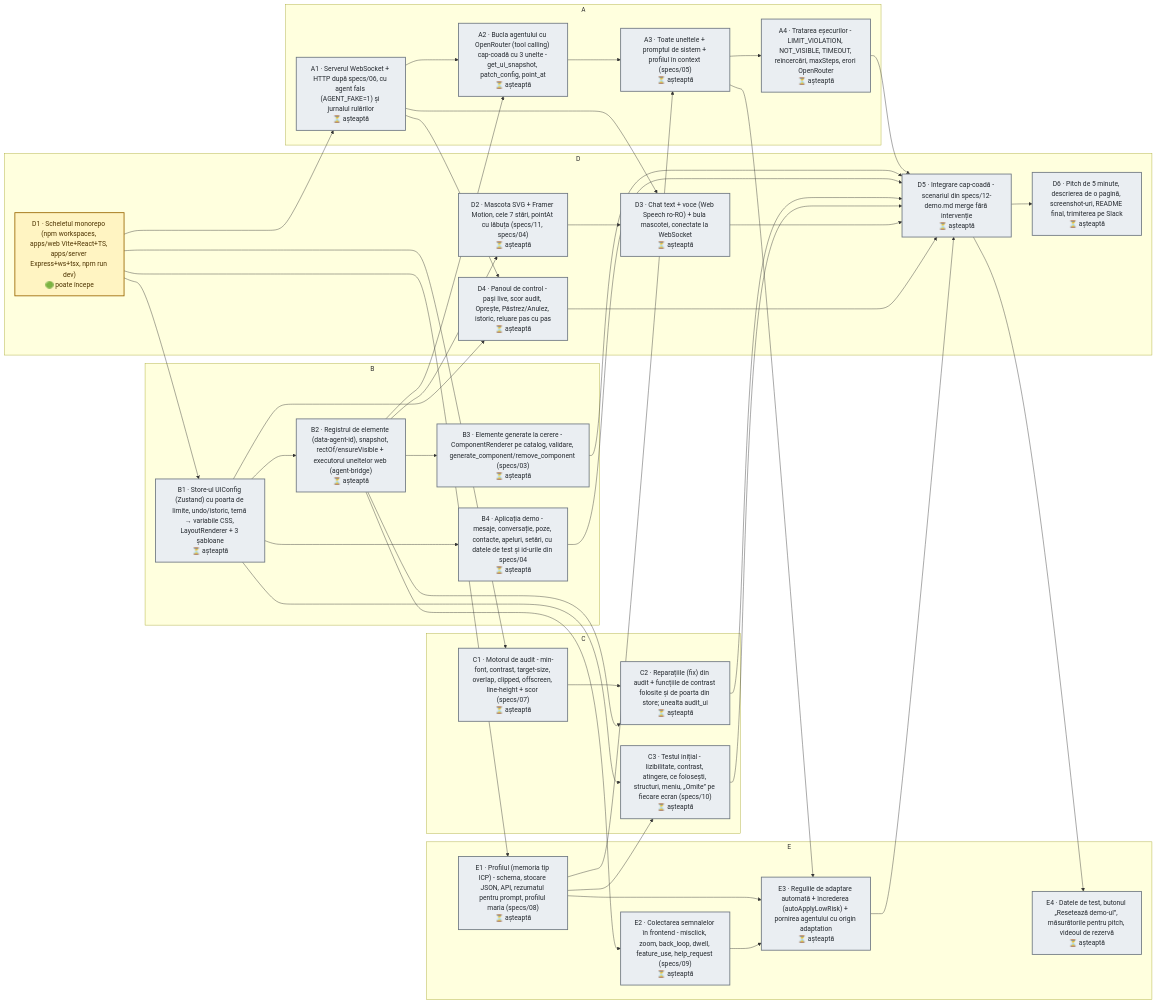
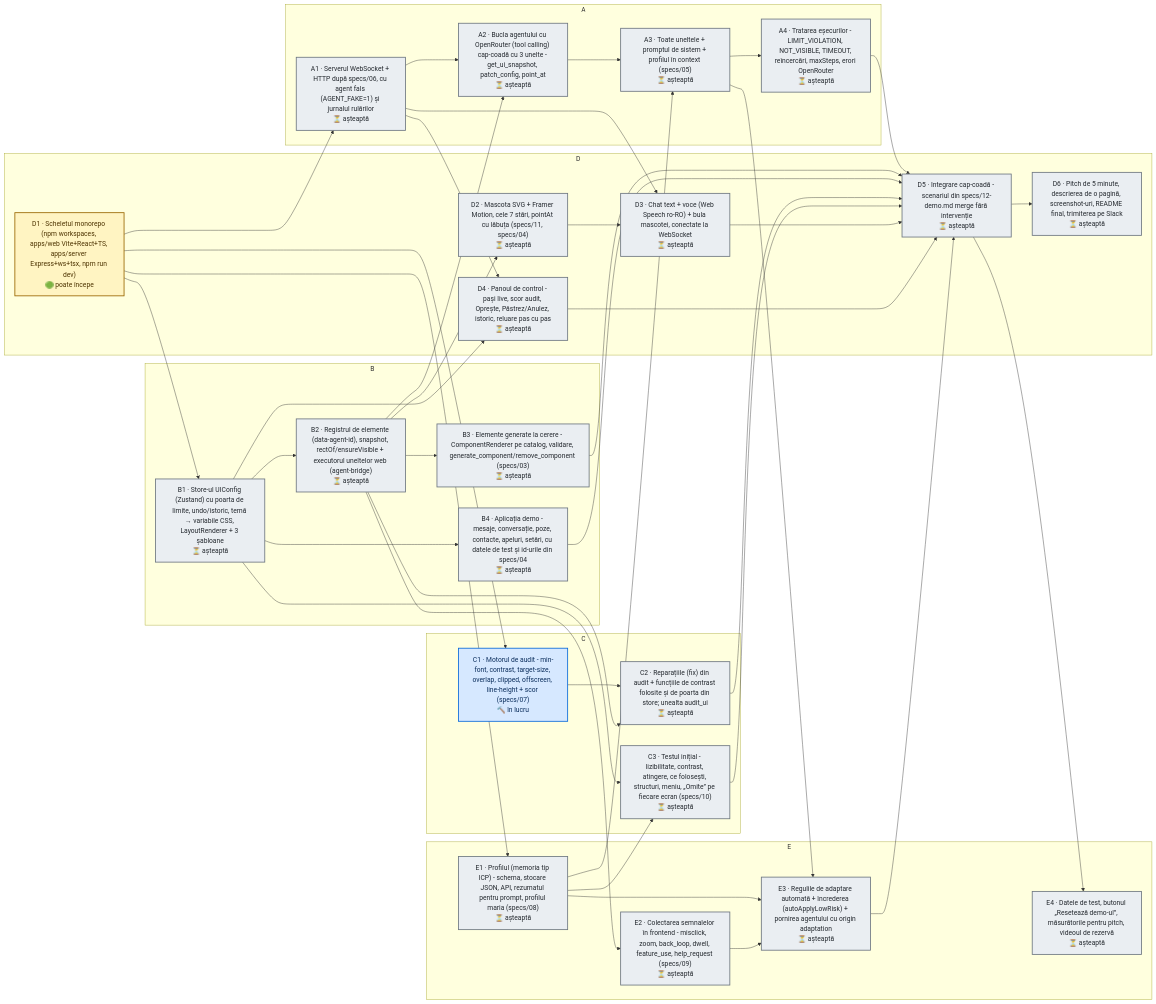
Before and after one commit to 06cezar/UiShapeshifter: the diagram in DAG.md, drawn with Mermaid. The commit also changed other lines of this file and 1 other file, not shown here.

Commit message:
dag: update [skip ci]

````diff
--- a/DAG.md
+++ b/DAG.md
@@ -8,76 +8,77 @@
 ```mermaid
 flowchart LR
   subgraph t_owner_A["A"]
     t_A1["A1 · Serverul WebSocket + HTTP după specs/06, cu agent fals (AGENT_FAKE=1) și jurnalul rulărilor<br/>⏳ așteaptă"]
     t_A2["A2 · Bucla agentului cu OpenRouter (tool calling) cap-coadă cu 3 unelte - get_ui_snapshot, patch_config, point_at<br/>⏳ așteaptă"]
     t_A3["A3 · Toate uneltele + promptul de sistem + profilul în context (specs/05)<br/>⏳ așteaptă"]
     t_A4["A4 · Tratarea eșecurilor - LIMIT_VIOLATION, NOT_VISIBLE, TIMEOUT, reîncercări, maxSteps, erori OpenRouter<br/>⏳ așteaptă"]
   end
   subgraph t_owner_B["B"]
     t_B1["B1 · Store-ul UIConfig (Zustand) cu poarta de limite, undo/istoric, temă → variabile CSS, LayoutRenderer + 3 șabloane<br/>⏳ așteaptă"]
     t_B2["B2 · Registrul de elemente (data-agent-id), snapshot, rectOf/ensureVisible + executorul uneltelor web (agent-bridge)<br/>⏳ așteaptă"]
     t_B3["B3 · Elemente generate la cerere - ComponentRenderer pe catalog, validare, generate_component/remove_component (specs/03)<br/>⏳ așteaptă"]
     t_B4["B4 · Aplicația demo - mesaje, conversație, poze, contacte, apeluri, setări, cu datele de test și id-urile din specs/04<br/>⏳ așteaptă"]
   end
   subgraph t_owner_C["C"]
-    t_C1["C1 · Motorul de audit - min-font, contrast, target-size, overlap, clipped, offscreen, line-height + scor (specs/07)<br/>⏳ așteaptă"]
+    t_C1["C1 · Motorul de audit - min-font, contrast, target-size, overlap, clipped, offscreen, line-height + scor (specs/07)<br/>🔨 în lucru"]
     t_C2["C2 · Reparațiile (fix) din audit + funcțiile de contrast folosite și de poarta din store; unealta audit_ui<br/>⏳ așteaptă"]
     t_C3["C3 · Testul inițial - lizibilitate, contrast, atingere, ce folosești, structuri, meniu, „Omite” pe fiecare ecran (specs/10)<br/>⏳ așteaptă"]
   end
   subgraph t_owner_D["D"]
     t_D1["D1 · Scheletul monorepo (npm workspaces, apps/web Vite+React+TS, apps/server Express+ws+tsx, npm run dev)<br/>🟢 poate începe"]
     t_D2["D2 · Mascota SVG + Framer Motion, cele 7 stări, pointAt cu lăbuța (specs/11, specs/04)<br/>⏳ așteaptă"]
     t_D3["D3 · Chat text + voce (Web Speech ro-RO) + bula mascotei, conectate la WebSocket<br/>⏳ așteaptă"]
     t_D4["D4 · Panoul de control - pași live, scor audit, Oprește, Păstrez/Anulez, istoric, reluare pas cu pas<br/>⏳ așteaptă"]
     t_D5["D5 · Integrare cap-coadă - scenariul din specs/12-demo.md merge fără intervenție<br/>⏳ așteaptă"]
     t_D6["D6 · Pitch de 5 minute, descrierea de o pagină, screenshot-uri, README final, trimiterea pe Slack<br/>⏳ așteaptă"]
   end
   subgraph t_owner_E["E"]
     t_E1["E1 · Profilul (memoria tip ICP) - schema, stocare JSON, API, rezumatul pentru prompt, profilul maria (specs/08)<br/>⏳ așteaptă"]
     t_E2["E2 · Colectarea semnalelor în frontend - misclick, zoom, back_loop, dwell, feature_use, help_request (specs/09)<br/>⏳ așteaptă"]
     t_E3["E3 · Regulile de adaptare automată + încrederea (autoApplyLowRisk) + pornirea agentului cu origin adaptation<br/>⏳ așteaptă"]
     t_E4["E4 · Datele de test, butonul „Resetează demo-ul”, măsurătorile pentru pitch, videoul de rezervă<br/>⏳ așteaptă"]
   end
   t_B2 --> t_D2
   t_A1 --> t_D3
   t_D2 --> t_D3
   t_A1 --> t_D4
   t_B1 --> t_D4
   t_A4 --> t_D5
   t_B3 --> t_D5
   t_B4 --> t_D5
   t_C2 --> t_D5
   t_C3 --> t_D5
   t_D3 --> t_D5
   t_D4 --> t_D5
   t_E3 --> t_D5
   t_D5 --> t_D6
   t_D1 --> t_A1
   t_A1 --> t_A2
   t_B2 --> t_A2
   t_A2 --> t_A3
   t_E1 --> t_A3
   t_A3 --> t_A4
   t_D1 --> t_B1
   t_B1 --> t_B2
   t_B2 --> t_B3
   t_B1 --> t_B4
   t_D1 --> t_C1
   t_C1 --> t_C2
   t_B2 --> t_C2
   t_B1 --> t_C3
   t_E1 --> t_C3
   t_D1 --> t_E1
   t_B2 --> t_E2
   t_E1 --> t_E3
   t_E2 --> t_E3
   t_A3 --> t_E3
   t_D5 --> t_E4
   classDef done fill:#d3f5dc,stroke:#1a7f37,color:#0b3d1a,stroke-width:2px
   classDef progress fill:#d6e8ff,stroke:#0969da,color:#0a2d5c,stroke-width:2px
   classDef ready fill:#fff4c2,stroke:#9a6700,color:#4d3300,stroke-width:2px
   classDef wait fill:#eaeef2,stroke:#6e7781,color:#24292f,stroke-width:2px
   classDef blocked fill:#ffd8d3,stroke:#cf222e,color:#5c0b10,stroke-width:2px
+  class t_C1 progress
   class t_D1 ready
-  class t_D2,t_D3,t_D4,t_D5,t_D6,t_A1,t_A2,t_A3,t_A4,t_B1,t_B2,t_B3,t_B4,t_C1,t_C2,t_C3,t_E1,t_E2,t_E3,t_E4 wait
+  class t_D2,t_D3,t_D4,t_D5,t_D6,t_A1,t_A2,t_A3,t_A4,t_B1,t_B2,t_B3,t_B4,t_C2,t_C3,t_E1,t_E2,t_E3,t_E4 wait
 ```
````
